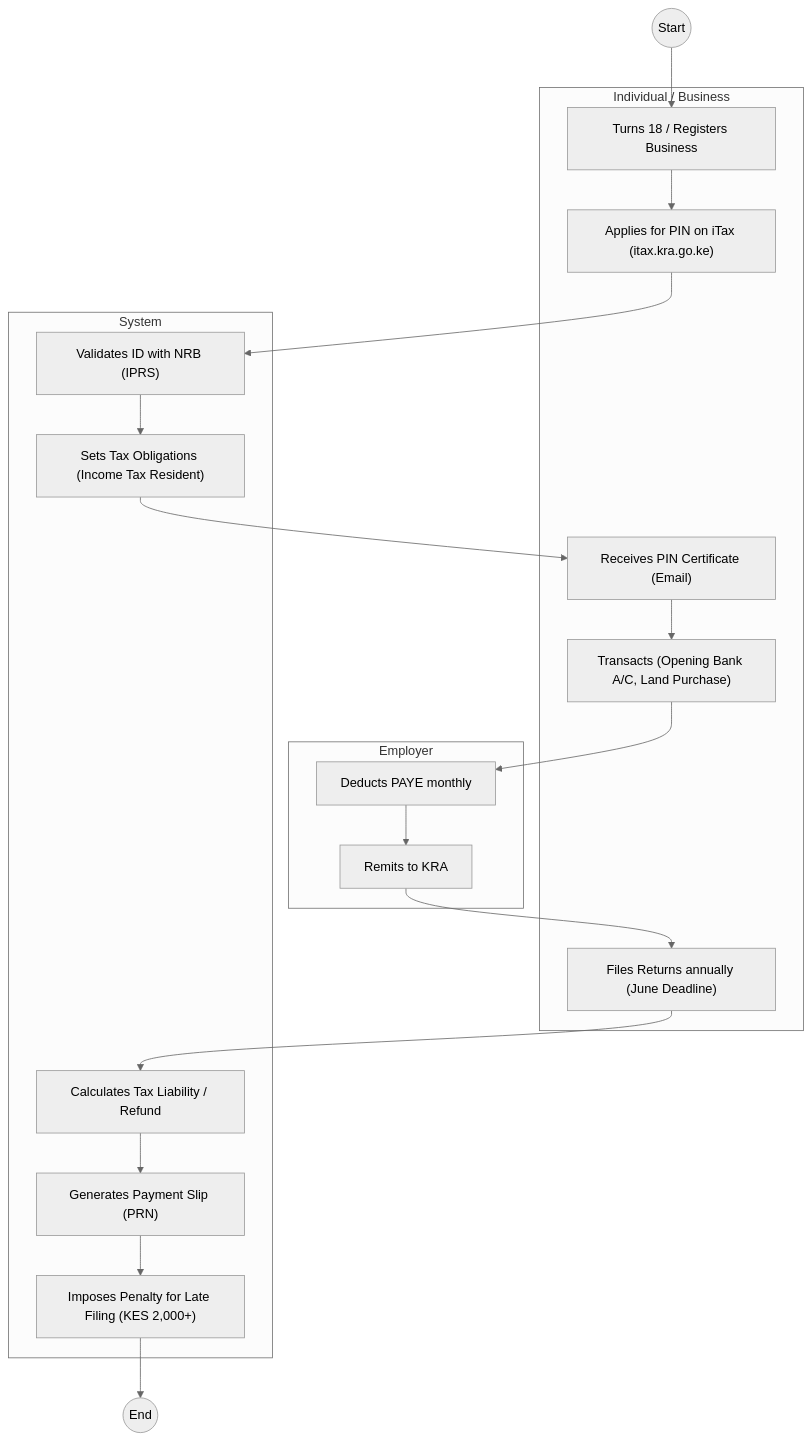
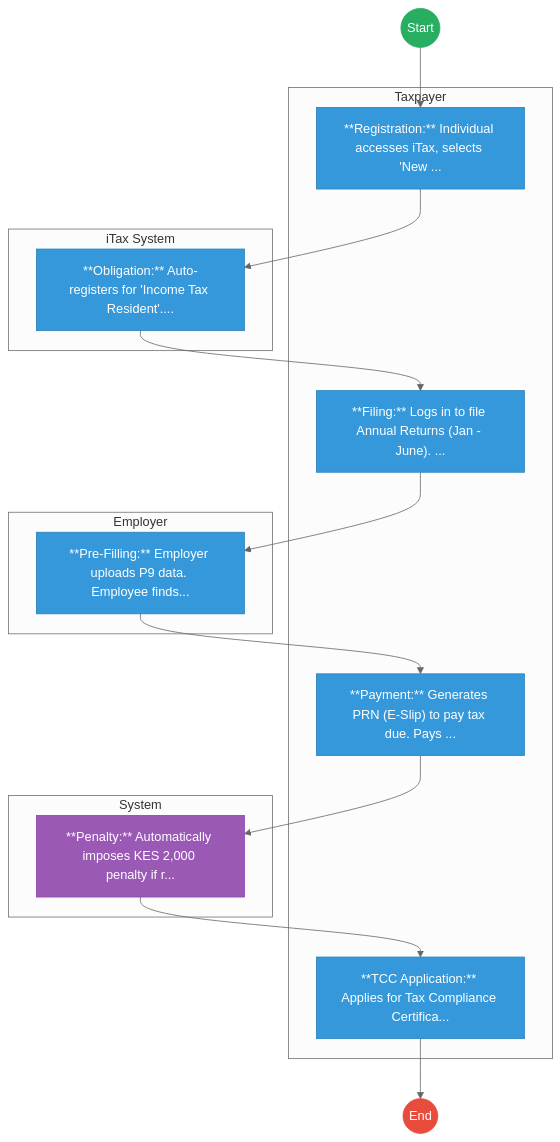
Before and after one commit to BITZ-IT-Consulting-LTD/ictapoc: the first of 2 diagrams in mdas/docs_final/KENYA_REVENUE_AUTHORITY_KRA____Tax_Return_Filing.md, drawn with Mermaid (neutral theme). The commit also changed other lines of this file and 461 other files, not shown here.

````diff
--- a/mdas/docs_final/KENYA_REVENUE_AUTHORITY_KRA____Tax_Return_Filing.md
+++ b/mdas/docs_final/KENYA_REVENUE_AUTHORITY_KRA____Tax_Return_Filing.md
@@ -20,35 +20,40 @@
 ```mermaid
 graph TD
     Start((Start)) --> S1
-    subgraph Taxpayer [Individual / Business]
-        S1["Turns 18 / Registers Business"]
-        S2["Applies for PIN on iTax (itax.kra.go.ke)"]
-        S3["Receives PIN Certificate (Email)"]
-        S4["Transacts (Opening Bank A/C, Land Purchase)"]
-        S5["Files Returns annually (June Deadline)"]
+
+    subgraph Taxpayer [Taxpayer]
+        S1["**Registration:** Individual accesses iTax, selects 'New ..."]
+        S3["**Filing:** Logs in to file Annual Returns (Jan - June). ..."]
+        S5["**Payment:** Generates PRN (E-Slip) to pay tax due. Pays ..."]
+        S7["**TCC Application:** Applies for Tax Compliance Certifica..."]
     end
-    subgraph iTax [System]
-        S2a["Validates ID with NRB (IPRS)"]
-        S2b["Sets Tax Obligations (Income Tax Resident)"]
-        S5a["Calculates Tax Liability / Refund"]
-        S6["Generates Payment Slip (PRN)"]
-        S7["Imposes Penalty for Late Filing (KES 2,000+)"]
+
+    subgraph iTax_System [iTax System]
+        S2["**Obligation:** Auto-registers for 'Income Tax Resident'...."]
     end
+
     subgraph Employer [Employer]
-        S4a["Deducts PAYE monthly"]
-        S4b["Remits to KRA"]
+        S4["**Pre-Filling:** Employer uploads P9 data. Employee finds..."]
     end
-    
+
+    subgraph System [System]
+        S6["**Penalty:** Automatically imposes KES 2,000 penalty if r..."]
+    end
     S1 --> S2
-    S2 --> S2a
-    S2a --> S2b
-    S2b --> S3
+    S2 --> S3
     S3 --> S4
-    S4 --> S4a
-    S4a --> S4b
-    S4b --> S5
-    S5 --> S5a
-    S5a --> S6
+    S4 --> S5
+    S5 --> S6
     S6 --> S7
     S7 --> End((End))
+
+    classDef start fill:#27ae60,stroke:#27ae60,color:#fff;
+    classDef endNode fill:#e74c3c,stroke:#e74c3c,color:#fff;
+    classDef userTask fill:#3498db,stroke:#2980b9,color:#fff;
+    classDef serviceTask fill:#9b59b6,stroke:#8e44ad,color:#fff;
+
+    class Start start;
+    class End endNode;
+    class S1,S2,S3,S4,S5,S7 userTask;
+    class S6 serviceTask;
 ```
````
